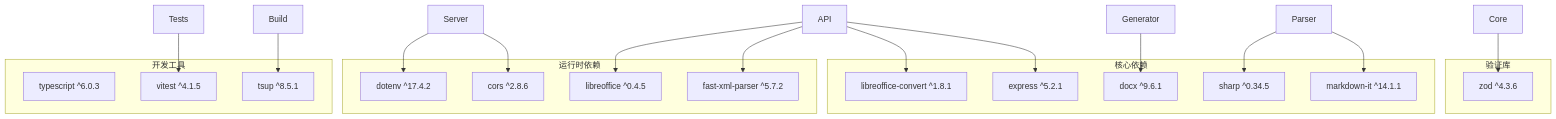
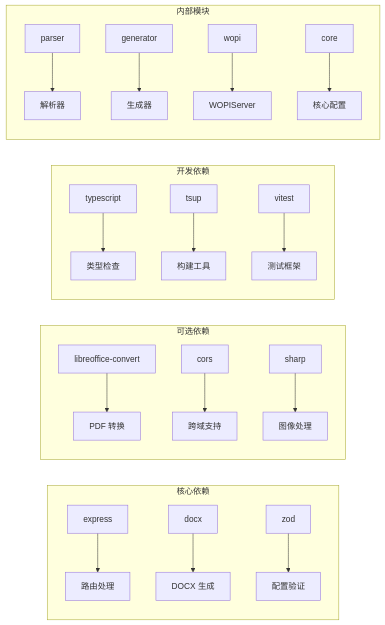
Before and after one commit to wanwushelie/markdown-to-word-studio: the seventh of 7 diagrams in .lingma/repowiki/zh/content/API 参考/增强的 API 功能.md, drawn with Mermaid. The commit also changed other lines of this file and 7 other files, not shown here.

````diff
--- a/.lingma/repowiki/zh/content/API 参考/增强的 API 功能.md
+++ b/.lingma/repowiki/zh/content/API 参考/增强的 API 功能.md
@@ -518,36 +356,24 @@
 ```mermaid
-graph TB
+graph LR
 subgraph "核心依赖"
-Express[express ^5.2.1]
-Docx[docx ^9.6.1]
-LibreConvert[libreoffice-convert ^1.8.1]
-MarkdownIt[markdown-it ^14.1.1]
-Sharp[sharp ^0.34.5]
+A[express] --> B[路由处理]
+C[docx] --> D[DOCX 生成]
+E[zod] --> F[配置验证]
 end
-subgraph "验证库"
-Zod[zod ^4.3.6]
+subgraph "可选依赖"
+G[libreoffice-convert] --> H[PDF 转换]
+I[cors] --> J[跨域支持]
+K[sharp] --> L[图像处理]
 end
-subgraph "开发工具"
-TypeScript[typescript ^6.0.3]
-Vitest[vitest ^4.1.5]
-Tsup[tsup ^8.5.1]
+subgraph "开发依赖"
+M[typescript] --> N[类型检查]
+O[tsup] --> P[构建工具]
+Q[vitest] --> R[测试框架]
 end
-subgraph "运行时依赖"
-CORS[cors ^2.8.6]
-Dotenv[dotenv ^17.4.2]
-FastXML[fast-xml-parser ^5.7.2]
-LibreOffice[libreoffice ^0.4.5]
+subgraph "内部模块"
+S[parser] --> T[解析器]
+U[generator] --> V[生成器]
+W[wopi] --> X[WOPIServer]
+Y[core] --> Z[核心配置]
 end
-API --> Express
-Generator --> Docx
-API --> LibreConvert
-Parser --> MarkdownIt
-Parser --> Sharp
-Core --> Zod
-Tests --> Vitest
-Build --> Tsup
-Server --> CORS
-Server --> Dotenv
-API --> FastXML
-API --> LibreOffice
 ```
````
